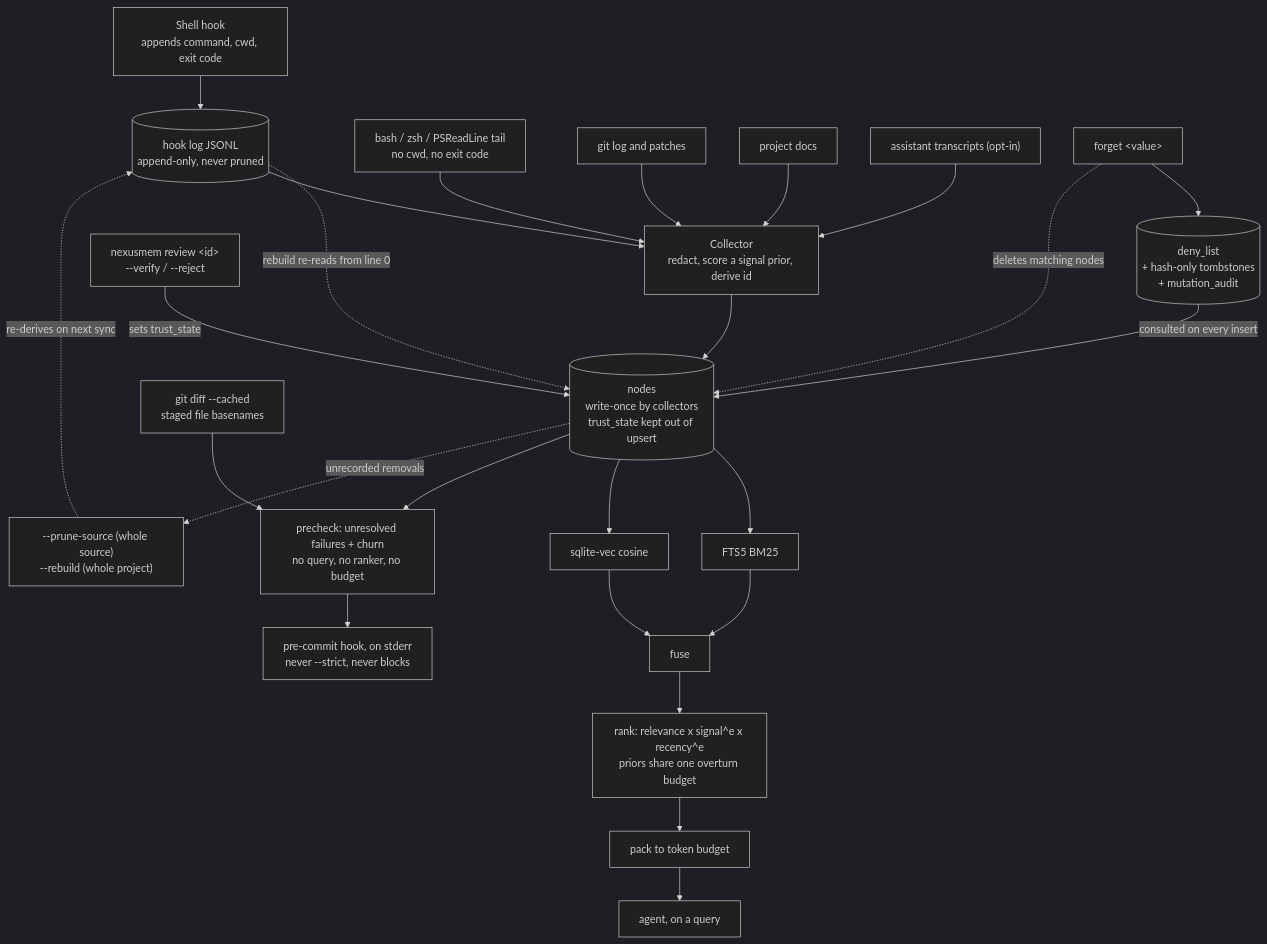
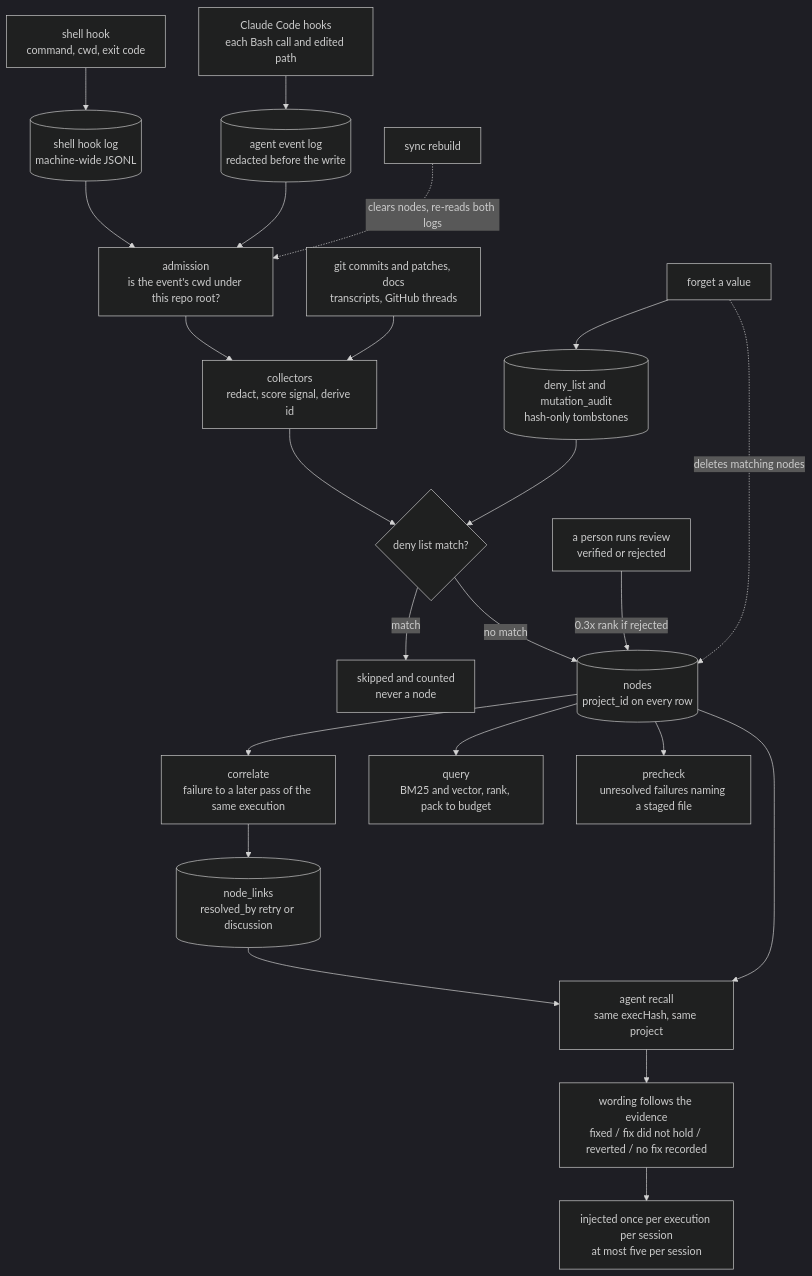
The diagram in content/systems/nexusmem.md (neoneye/agent-memory-atlas), drawn with Mermaid (dark theme) before and after one commit. The commit also changed other lines of this file and 10 other files, not shown here.

````diff
--- a/content/systems/nexusmem.md
+++ b/content/systems/nexusmem.md
@@ -129,28 +139,26 @@
 ```mermaid
-%% caption: two ways out — a ranked, budgeted answer to a query and a pre-commit warning nobody asked for — one human verdict written back onto a node no collector may overwrite, and one way back in, because a source-keyed removal leaves the source file on disk and the next full sync re-derives what was pruned
+%% caption: events enter through two hook logs and the collectors, a deny list stands between every collector and the node table, and three reads leave it — a ranked answer, a note when a command fails again, a pre-commit warning; a rebuild re-reads the logs and only the deny list stops a forgotten value returning
 flowchart TD
-    HOOK["Shell hook<br/>appends command, cwd, exit code"] --> LOG[("hook log JSONL<br/>append-only, never pruned")]
-    LOG --> COLL
-    SCRAPE["bash / zsh / PSReadLine tail<br/>no cwd, no exit code"] --> COLL
-    GIT["git log and patches"] --> COLL
-    DOCS["project docs"] --> COLL
-    CONV["assistant transcripts (opt-in)"] --> COLL
-    COLL["Collector<br/>redact, score a signal prior, derive id"] --> N[("nodes<br/>write-once by collectors<br/>trust_state kept out of upsert")]
-    REVIEW["nexusmem review &lt;id&gt;<br/>--verify / --reject"] -->|"sets trust_state"| N
-    N --> FTS["FTS5 BM25"]
-    N --> VEC["sqlite-vec cosine"]
-    FTS --> FUSE["fuse"]
-    VEC --> FUSE
-    FUSE --> RANK["rank: relevance x signal^e x recency^e<br/>priors share one overturn budget"]
-    RANK --> PACK["pack to token budget"]
-    PACK --> AGENT["agent, on a query"]
-    STAGED["git diff --cached<br/>staged file basenames"] --> PRE["precheck: unresolved failures + churn<br/>no query, no ranker, no budget"]
-    N --> PRE
-    PRE --> HOOK2["pre-commit hook, on stderr<br/>never --strict, never blocks"]
-    N -. "unrecorded removals" .-> PRUNE["--prune-source (whole source)<br/>--rebuild (whole project)"]
-    PRUNE -. "re-derives on next sync" .-> LOG
-    FORGET["forget &lt;value&gt;"] --> DENY[("deny_list<br/>+ hash-only tombstones<br/>+ mutation_audit")]
+    SH["shell hook<br/>command, cwd, exit code"] --> SLOG[("shell hook log<br/>machine-wide JSONL")]
+    CC["Claude Code hooks<br/>each Bash call and edited path"] --> ALOG[("agent event log<br/>redacted before the write")]
+    SLOG --> ADMIT["admission<br/>is the event's cwd under this repo root?"]
+    ALOG --> ADMIT
+    ADMIT --> COLL["collectors<br/>redact, score signal, derive id"]
+    GIT["git commits and patches, docs<br/>transcripts, GitHub threads"] --> COLL
+    FORGET["forget a value"] --> DENY[("deny_list and mutation_audit<br/>hash-only tombstones")]
+    DENY --> CHECK{"deny list match?"}
+    COLL --> CHECK
+    CHECK -->|"match"| DROP["skipped and counted<br/>never a node"]
+    CHECK -->|"no match"| N[("nodes<br/>project_id on every row")]
     FORGET -. "deletes matching nodes" .-> N
-    DENY -->|"consulted on every insert"| N
-    LOG -. "rebuild re-reads from line 0" .-> N
+    REVIEW["a person runs review<br/>verified or rejected"] -->|"0.3x rank if rejected"| N
+    N --> CORR["correlate<br/>failure to a later pass of the same execution"]
+    CORR --> LINKS[("node_links<br/>resolved_by retry or discussion")]
+    N --> Q["query<br/>BM25 and vector, rank, pack to budget"]
+    N --> PRE["precheck<br/>unresolved failures naming a staged file"]
+    N --> RECALL["agent recall<br/>same execHash, same project"]
+    LINKS --> RECALL
+    RECALL --> WORD["wording follows the evidence<br/>fixed / fix did not hold / reverted / no fix recorded"]
+    WORD --> INJ["injected once per execution per session<br/>at most five per session"]
+    REBUILD["sync rebuild"] -. "clears nodes, re-reads both logs" .-> ADMIT
 ```
````
